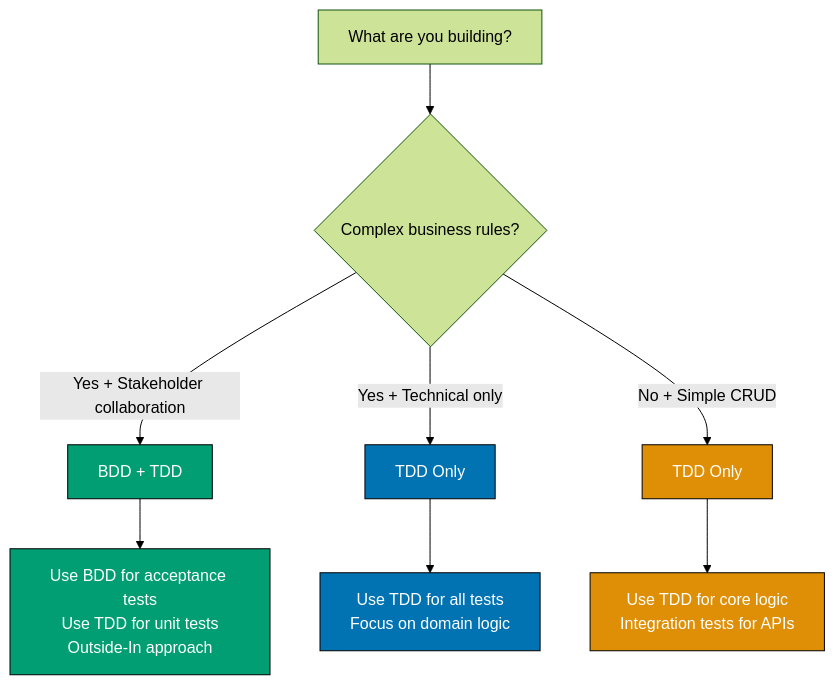
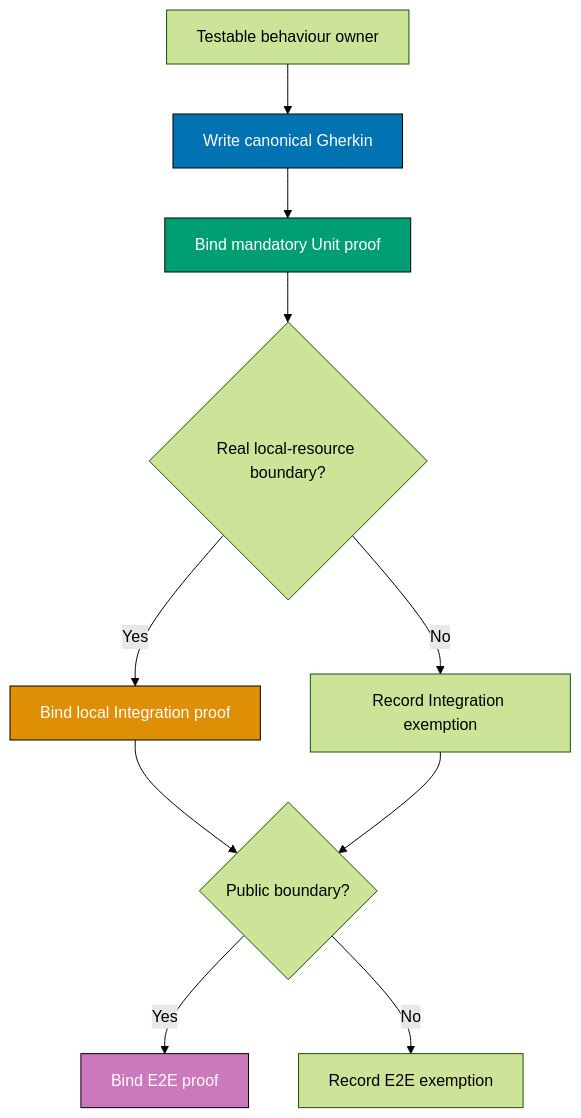
One commit to wahidyankf/open-sharia-fintech changed the first of 2 diagrams in docs/explanation/software-engineering/development/README.md. Above: the diagram before and after it, drawn with Mermaid (forest theme). The commit also changed other lines of this file and 2403 other files, not shown here.

````diff
--- a/docs/explanation/software-engineering/development/README.md
+++ b/docs/explanation/software-engineering/development/README.md
@@ -34,18 +37,17 @@
 ```mermaid
 graph TD
-    A[What are you building?] --> B{Complex business rules?}
-    B -->|Yes + Stakeholder collaboration| C[BDD + TDD]
-    B -->|Yes + Technical only| D[TDD Only]
-    B -->|No + Simple CRUD| E[TDD Only]
+    A[Testable behaviour owner] --> B[Write canonical Gherkin]
+    B --> C[Bind mandatory Unit proof]
+    C --> D{Real local-resource boundary?}
+    D -->|Yes| E[Bind local Integration proof]
+    D -->|No| F[Record Integration exemption]
+    E --> G{Public boundary?}
+    F --> G
+    G -->|Yes| H[Bind E2E proof]
+    G -->|No| I[Record E2E exemption]
 
-    C --> F[Use BDD for acceptance tests<br/>Use TDD for unit tests<br/>Outside-In approach]
-    D --> G[Use TDD for all tests<br/>Focus on domain logic]
-    E --> H[Use TDD for core logic<br/>Integration tests for APIs]
-
+    style B fill:#0173B2,stroke:#000000,color:#FFFFFF
     style C fill:#029E73,stroke:#000000,color:#FFFFFF
-    style D fill:#0173B2,stroke:#000000,color:#FFFFFF
     style E fill:#DE8F05,stroke:#000000,color:#FFFFFF
-    style F fill:#029E73,stroke:#000000,color:#FFFFFF
-    style G fill:#0173B2,stroke:#000000,color:#FFFFFF
-    style H fill:#DE8F05,stroke:#000000,color:#FFFFFF
+    style H fill:#CC78BC,stroke:#000000,color:#FFFFFF
 ```
````
